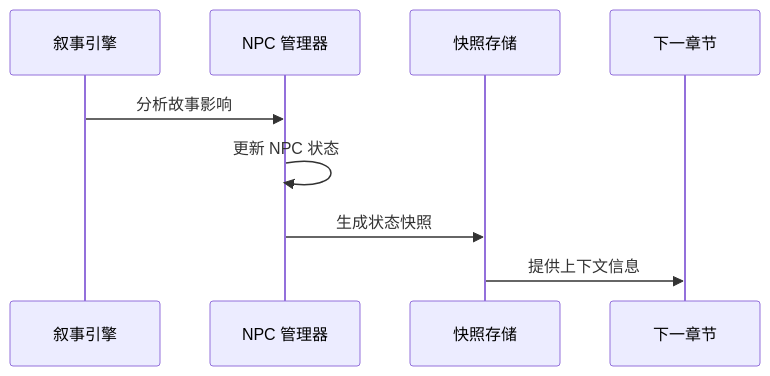
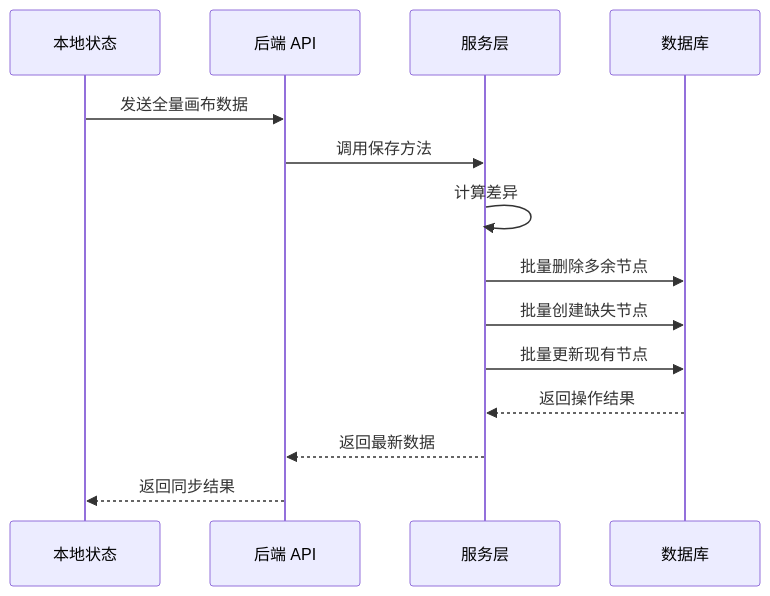
One commit to KunLabAI/KunFlix changed the eighth of 13 diagrams in .qoder/repowiki/zh/content/数据库设计/故事章节模型.md. Above: the diagram before and after it, drawn with Mermaid. The commit also changed other lines of this file and 39 other files, not shown here.

````diff
--- a/.qoder/repowiki/zh/content/数据库设计/故事章节模型.md
+++ b/.qoder/repowiki/zh/content/数据库设计/故事章节模型.md
@@ -270,11 +434,16 @@
 ```mermaid
 sequenceDiagram
-participant Engine as 叙事引擎
-participant NPC as NPC 管理器
-participant Snapshot as 快照存储
-participant NextChapter as 下一章节
-Engine->>NPC : 分析故事影响
-NPC->>NPC : 更新 NPC 状态
-NPC->>Snapshot : 生成状态快照
-Snapshot->>NextChapter : 提供上下文信息
+participant Local as 本地状态
+participant API as 后端 API
+participant Service as 服务层
+participant DB as 数据库
+Local->>API : 发送全量画布数据
+API->>Service : 调用保存方法
+Service->>Service : 计算差异
+Service->>DB : 批量删除多余节点
+Service->>DB : 批量创建缺失节点
+Service->>DB : 批量更新现有节点
+DB-->>Service : 返回操作结果
+Service-->>API : 返回最新数据
+API-->>Local : 返回同步结果
 ```
````
